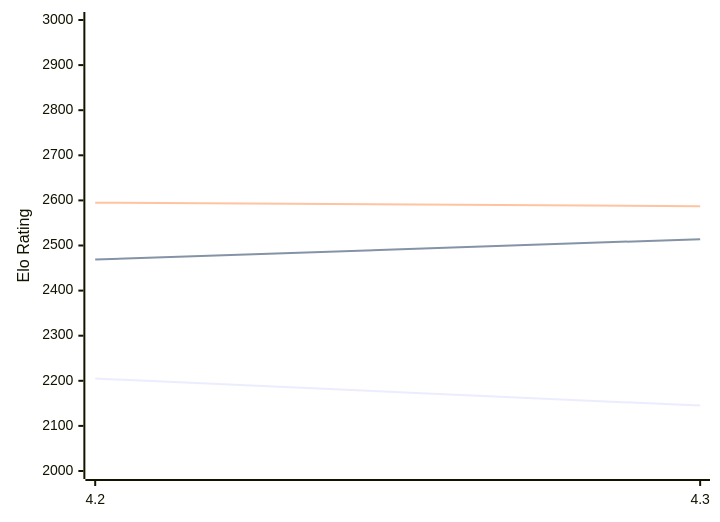
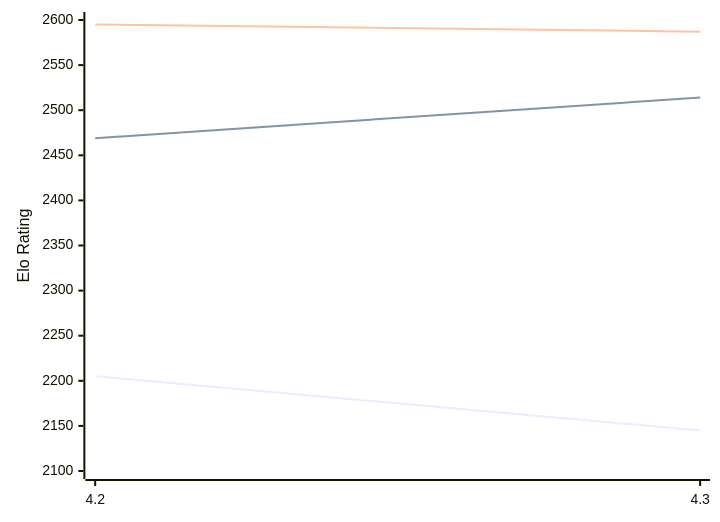
One commit to computer-chess-index/cci changed the diagram in engines/Eubos.md. Above: the diagram before and after it, drawn with Mermaid. The commit also changed other lines of this file, not shown here.

Commit message:
Update CCI Ratings (ELO VLTC) - 2026-02-10

````diff
--- a/engines/Eubos.md
+++ b/engines/Eubos.md
@@ -85,9 +85,9 @@
 ```mermaid
 %%{init: {"theme":"base","themeVariables":{"seriesColors:['#a3a3a3','#222221','#faa371']}}}%%
 xychart-beta
   x-axis ["4.2", "4.3"]
-  y-axis "Elo Rating" 2000 --> 3000
+  y-axis "Elo Rating" 2100 --> 2600
   line "STC (8.0+0.08s)" [2205, 2145]
   line "LTC (60.0+0.60s)" [2469, 2514]
   line "VLTC (2m24s+1.12s)" [2595, 2587]
 ```
````
